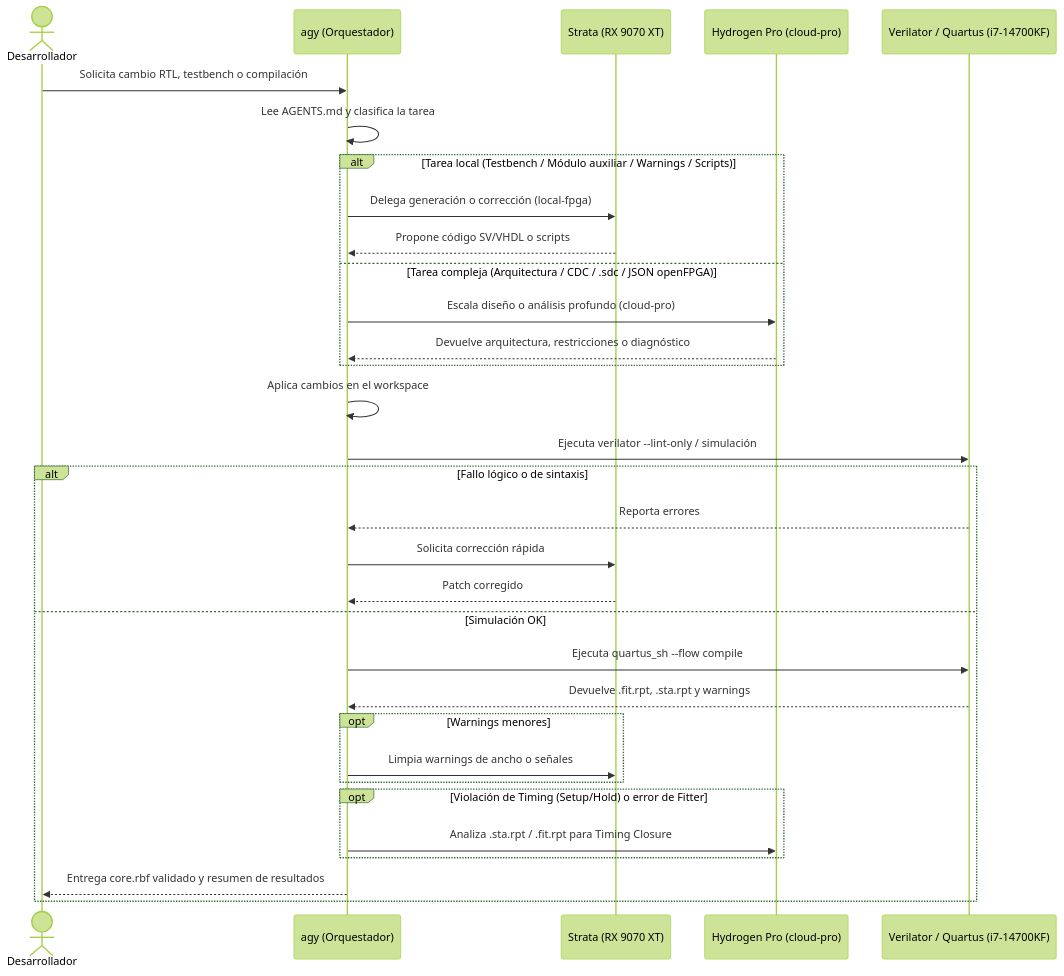
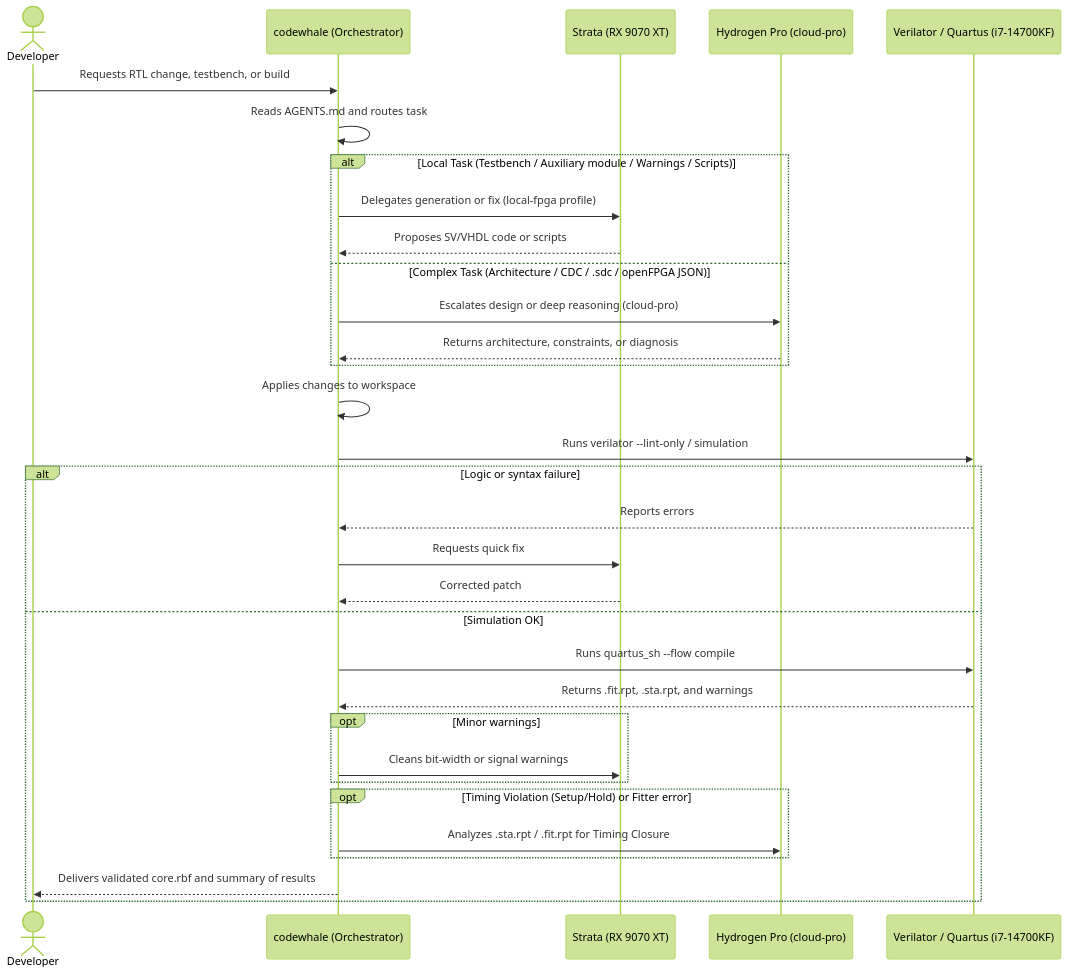
One commit to DanimanX/9070FpgaIAWorkflow changed the second of 3 diagrams in docs/ai-fpga-workflow.md. Above: the diagram before and after it, drawn with Mermaid (forest theme). The commit also changed other lines of this file and 3 other files, not shown here.

Commit message:
Switch orchestrator from agy to codewhale and translate project to English

````diff
--- a/docs/ai-fpga-workflow.md
+++ b/docs/ai-fpga-workflow.md
@@ -42,38 +42,38 @@
 ```mermaid
 sequenceDiagram
-    actor Dev as Desarrollador
-    participant Agy as agy (Orquestador)
+    actor Dev as Developer
+    participant CW as codewhale (Orchestrator)
     participant Strata as Strata (RX 9070 XT)
     participant Cloud as Hydrogen Pro (cloud-pro)
     participant Tools as Verilator / Quartus (i7-14700KF)
 
-    Dev->>Agy: Solicita cambio RTL, testbench o compilación
-    Agy->>Agy: Lee AGENTS.md y clasifica la tarea
+    Dev->>CW: Requests RTL change, testbench, or build
+    CW->>CW: Reads AGENTS.md and routes task
 
-    alt Tarea local (Testbench / Módulo auxiliar / Warnings / Scripts)
-        Agy->>Strata: Delega generación o corrección (local-fpga)
-        Strata-->>Agy: Propone código SV/VHDL o scripts
-    else Tarea compleja (Arquitectura / CDC / .sdc / JSON openFPGA)
-        Agy->>Cloud: Escala diseño o análisis profundo (cloud-pro)
-        Cloud-->>Agy: Devuelve arquitectura, restricciones o diagnóstico
+    alt Local Task (Testbench / Auxiliary module / Warnings / Scripts)
+        CW->>Strata: Delegates generation or fix (local-fpga profile)
+        Strata-->>CW: Proposes SV/VHDL code or scripts
+    else Complex Task (Architecture / CDC / .sdc / openFPGA JSON)
+        CW->>Cloud: Escalates design or deep reasoning (cloud-pro)
+        Cloud-->>CW: Returns architecture, constraints, or diagnosis
     end
 
-    Agy->>Agy: Aplica cambios en el workspace
-    Agy->>Tools: Ejecuta verilator --lint-only / simulación
+    CW->>CW: Applies changes to workspace
+    CW->>Tools: Runs verilator --lint-only / simulation
 
-    alt Fallo lógico o de sintaxis
-        Tools-->>Agy: Reporta errores
-        Agy->>Strata: Solicita corrección rápida
-        Strata-->>Agy: Patch corregido
-    else Simulación OK
-        Agy->>Tools: Ejecuta quartus_sh --flow compile
-        Tools-->>Agy: Devuelve .fit.rpt, .sta.rpt y warnings
-        opt Warnings menores
-            Agy->>Strata: Limpia warnings de ancho o señales
+    alt Logic or syntax failure
+        Tools-->>CW: Reports errors
+        CW->>Strata: Requests quick fix
+        Strata-->>CW: Corrected patch
+    else Simulation OK
+        CW->>Tools: Runs quartus_sh --flow compile
+        Tools-->>CW: Returns .fit.rpt, .sta.rpt, and warnings
+        opt Minor warnings
+            CW->>Strata: Cleans bit-width or signal warnings
         end
-        opt Violación de Timing (Setup/Hold) o error de Fitter
-            Agy->>Cloud: Analiza .sta.rpt / .fit.rpt para Timing Closure
+        opt Timing Violation (Setup/Hold) or Fitter error
+            CW->>Cloud: Analyzes .sta.rpt / .fit.rpt for Timing Closure
         end
-        Agy-->>Dev: Entrega core.rbf validado y resumen de resultados
+        CW-->>Dev: Delivers validated core.rbf and summary of results
     end
 ```
````
